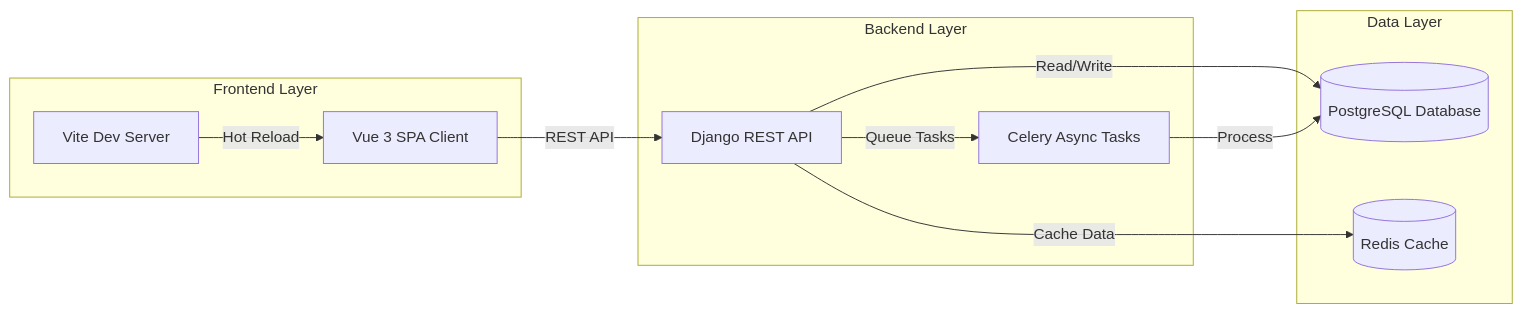
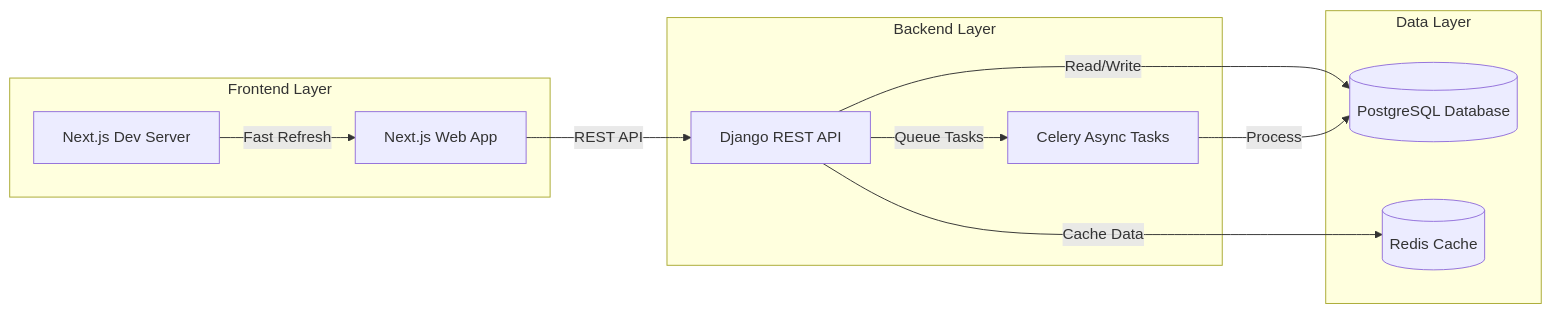
Before and after one commit to 2333xxxx/EssayCoach: the first of 11 diagrams in docs/architecture/system-architecture.md, drawn with Mermaid. The commit also changed other lines of this file and 15 other files, not shown here.

````diff
--- a/docs/architecture/system-architecture.md
+++ b/docs/architecture/system-architecture.md
@@ -7,24 +7,24 @@
 ```mermaid
 graph LR
     subgraph "Frontend Layer"
-        Client[Vue 3 SPA Client]
-        Vite[Vite Dev Server]
+        Client[Next.js Web App]
+        DevServer[Next.js Dev Server]
     end
     
     subgraph "Backend Layer"
         API[Django REST API]
         Async[Celery Async Tasks]
     end
     
     subgraph "Data Layer"
         DB[(PostgreSQL Database)]
         Cache[(Redis Cache)]
     end
     
     Client -- REST API --> API
     API -- Read/Write --> DB
     API -- Queue Tasks --> Async
     API -- Cache Data --> Cache
     Async -- Process --> DB
-    Vite -- Hot Reload --> Client
+    DevServer -- Fast Refresh --> Client
 ```
````
